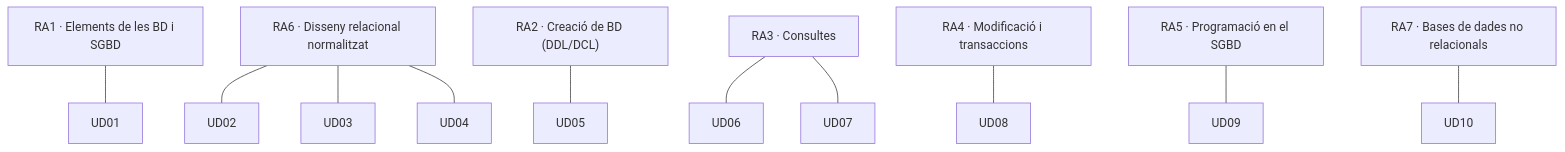
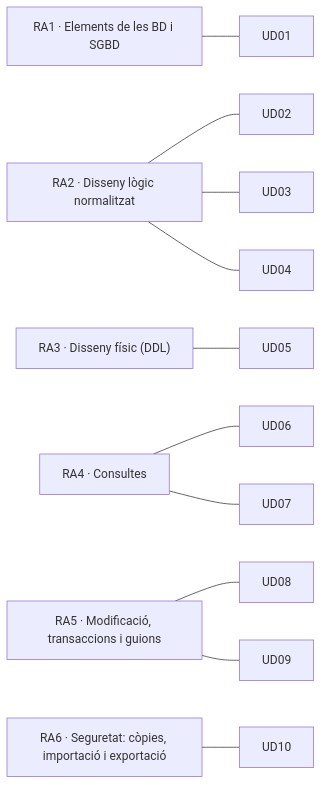
Before and after one commit to LorenaLResusta/GBD: the diagram in content.val/guia/ra-ce.md, drawn with Mermaid. The commit also changed other lines of this file and 89 other files, not shown here.

````diff
--- a/content.val/guia/ra-ce.md
+++ b/content.val/guia/ra-ce.md
@@ -15,10 +29,9 @@
 ```mermaid
-flowchart TB
-    RA1["RA1 · Elements de les BD i SGBD"] --- U1[UD01]
-    RA6["RA6 · Disseny relacional normalitzat"] --- U2[UD02] & U3[UD03] & U4[UD04]
-    RA2["RA2 · Creació de BD (DDL/DCL)"] --- U5[UD05]
-    RA3["RA3 · Consultes"] --- U6[UD06] & U7[UD07]
-    RA4["RA4 · Modificació i transaccions"] --- U8[UD08]
-    RA5["RA5 · Programació en el SGBD"] --- U9[UD09]
-    RA7["RA7 · Bases de dades no relacionals"] --- U10[UD10]
+flowchart LR
+    RA1["RA1 · Elements de les BD i SGBD"] --- UD01
+    RA2["RA2 · Disseny lògic normalitzat"] --- UD02 & UD03 & UD04
+    RA3["RA3 · Disseny físic (DDL)"] --- UD05
+    RA4["RA4 · Consultes"] --- UD06 & UD07
+    RA5["RA5 · Modificació, transaccions i guions"] --- UD08 & UD09
+    RA6["RA6 · Seguretat: còpies, importació i exportació"] --- UD10
 ```
````
